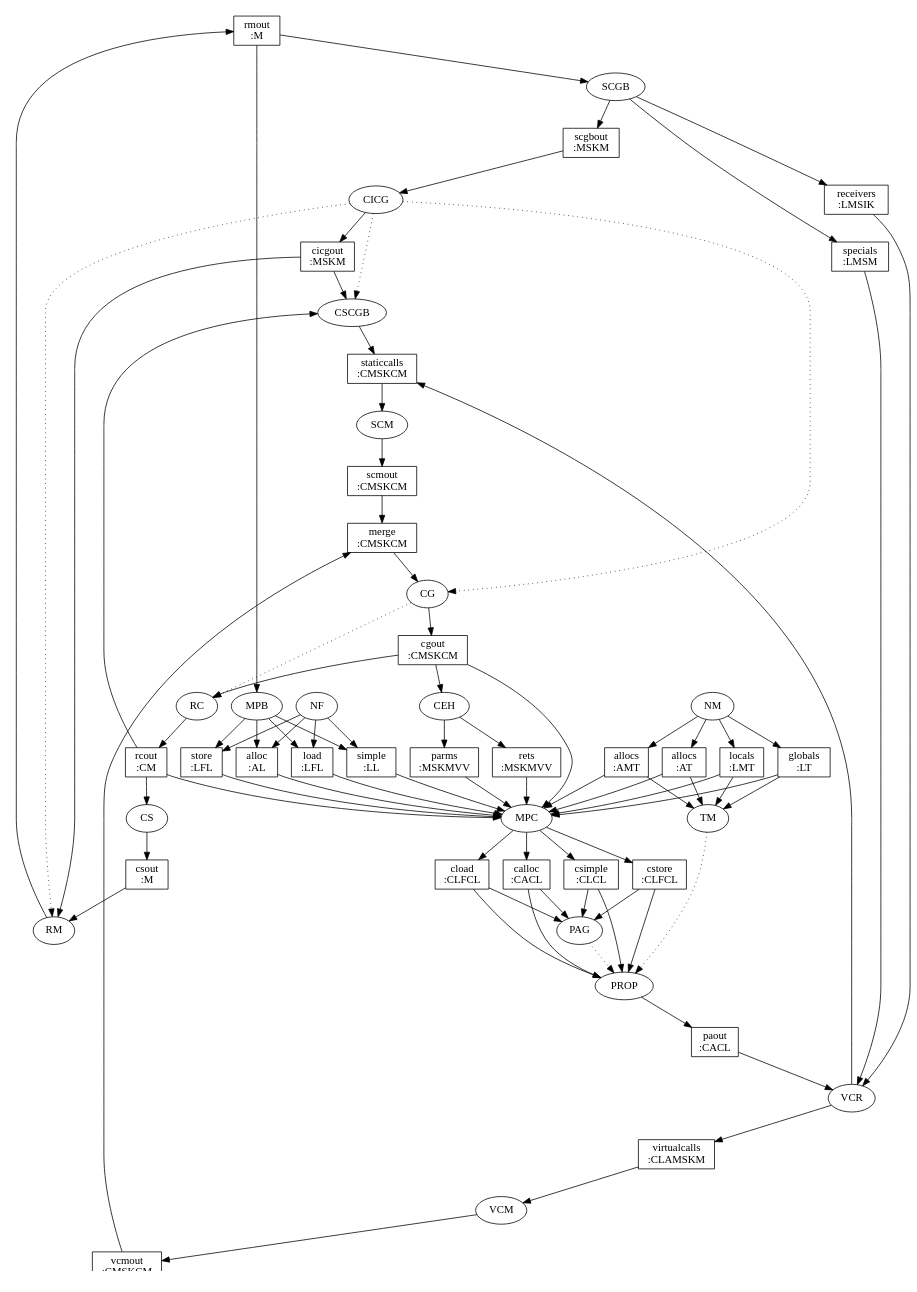
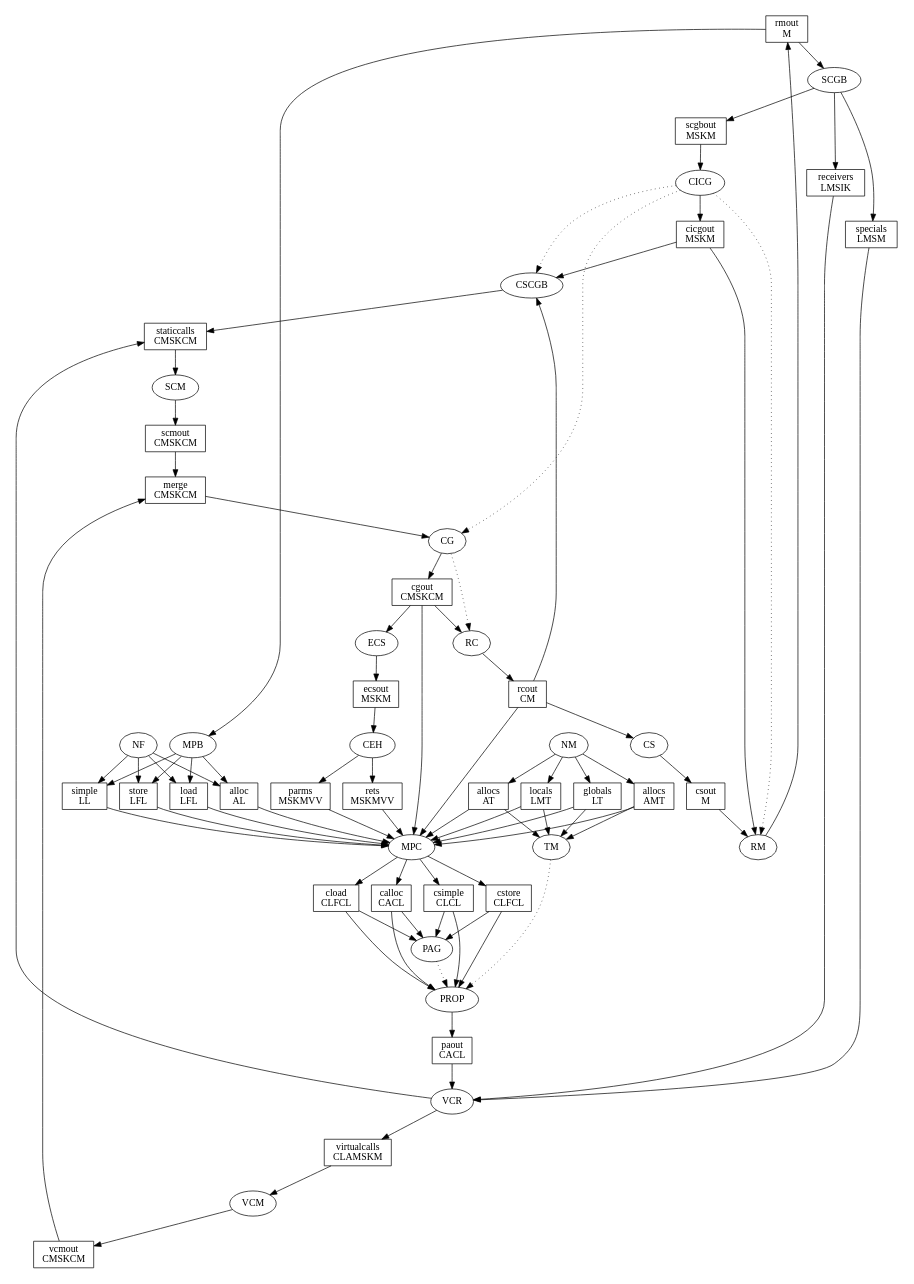
Before and after one commit to insightfullogic/insightfullogic-soot: the diagram in src/soot/jimple/paddle/overview.dot, drawn with Graphviz. The commit also changed 8 other files, not shown here.

```diff
--- a/src/soot/jimple/paddle/overview.dot
+++ b/src/soot/jimple/paddle/overview.dot
@@ -1,133 +1,136 @@
 digraph overview {
     size="7.5,10";
     mclimit=100.0;
     nslimit=100.0;
     node [shape=box];
 
 
-    rmout [label="rmout\n:M"];
-    scgbout [label="scgbout\n:MSKM"];
-    receivers [label="receivers\n:LMSIK"];
-    specials [label="specials\n:LMSM"];
-    cicgout [label="cicgout\n:MSKM"];
+    rmout [label="rmout\nM"];
+    scgbout [label="scgbout\nMSKM"];
+    receivers [label="receivers\nLMSIK"];
+    specials [label="specials\nLMSM"];
+    cicgout [label="cicgout\nMSKM"];
 
-    staticcalls [label="staticcalls\n:CMSKCM"];
-    scmout [label="scmout\n:CMSKCM"];
-    cgout [label="cgout\n:CMSKCM"];
-    rcout [label="rcout\n:CM"];
-    csout [label="csout\n:M"];
-    parms [label="parms\n:MSKMVV"];
-    rets [label="rets\n:MSKMVV"];
+    staticcalls [label="staticcalls\nCMSKCM"];
+    scmout [label="scmout\nCMSKCM"];
+    cgout [label="cgout\nCMSKCM"];
+    ecsout [label="ecsout\nMSKM"];
+    rcout [label="rcout\nCM"];
+    csout [label="csout\nM"];
+    parms [label="parms\nMSKMVV"];
+    rets [label="rets\nMSKMVV"];
 
-    merge [label="merge\n:CMSKCM"];
+    merge [label="merge\nCMSKCM"];
 
-    locals [label="locals\n:LMT"];
-    globals [label="globals\n:LT"];
-    localallocs [label="allocs\n:AMT"];
-    globalallocs [label="allocs\n:AT"];
+    locals [label="locals\nLMT"];
+    globals [label="globals\nLT"];
+    localallocs [label="allocs\nAMT"];
+    globalallocs [label="allocs\nAT"];
 
-    simple [label="simple\n:LL"];
-    store [label="store\n:LFL"];
-    load [label="load\n:LFL"];
-    alloc [label="alloc\n:AL"];
+    simple [label="simple\nLL"];
+    store [label="store\nLFL"];
+    load [label="load\nLFL"];
+    alloc [label="alloc\nAL"];
 
-    csimple [label="csimple\n:CLCL"];
-    cstore [label="cstore\n:CLFCL"];
-    cload [label="cload\n:CLFCL"];
-    calloc [label="calloc\n:CACL"];
+    csimple [label="csimple\nCLCL"];
+    cstore [label="cstore\nCLFCL"];
+    cload [label="cload\nCLFCL"];
+    calloc [label="calloc\nCACL"];
 
-    paout [label="paout\n:CACL"];
+    paout [label="paout\nCACL"];
 
-    virtualcalls [label="virtualcalls\n:CLAMSKM"];
+    virtualcalls [label="virtualcalls\nCLAMSKM"];
 
-    vcmout [label="vcmout\n:CMSKCM"];
+    vcmout [label="vcmout\nCMSKCM"];
 
     node [shape=ellipse];
 
     NM -> locals;
     NM -> globals;
     NM -> localallocs;
     NM -> globalallocs;
 
     scgbout -> CICG -> cicgout;
     cicgout -> RM -> rmout;
     CICG -> RM [style=dotted];
 
     rmout -> SCGB -> scgbout;
     SCGB -> receivers;
     SCGB -> specials;
 
     scmout -> merge;
     vcmout -> merge;
     merge -> CG -> cgout;
     CICG -> CG [style=dotted];
 
     cgout -> RC -> rcout;
     CG -> RC [style=dotted];
 
     rcout -> CS -> csout;
     csout -> RM;
 
     rcout -> CSCGB -> staticcalls;
     cicgout -> CSCGB;
     CICG -> CSCGB [style=dotted];
 
     rmout -> MPB;
     MPB -> simple;
     MPB -> store;
     MPB -> load;
     MPB -> alloc;
 
     simple -> MPC;
     store -> MPC;
     load -> MPC;
     alloc -> MPC;
     locals -> MPC;
     globals -> MPC;
     localallocs -> MPC;
     globalallocs -> MPC;
     rcout -> MPC;
     parms -> MPC;
     rets -> MPC;
     cgout -> MPC;
     MPC -> csimple;
     MPC -> cstore;
     MPC -> cload;
     MPC -> calloc;
 
     csimple -> PAG;
     cload -> PAG;
     cstore -> PAG;
     calloc -> PAG;
 
     csimple -> PROP;
     cload -> PROP;
     cstore -> PROP;
     calloc -> PROP;
     PROP -> paout;
     PAG -> PROP [style=dotted];
 
     receivers -> VCR;
     specials -> VCR;
     paout -> VCR;
     VCR -> virtualcalls;
     VCR -> staticcalls;
 
     virtualcalls -> VCM -> vcmout;
 
     staticcalls -> SCM -> scmout;
 
-    cgout -> CEH -> parms;
+    cgout -> ECS -> ecsout;
+
+    ecsout -> CEH -> parms;
     CEH -> rets;
 
     NF -> simple;
     NF -> load;
     NF -> store;
     NF -> alloc;
 
     locals -> TM;
     globals -> TM;
     localallocs -> TM;
     globalallocs -> TM;
     TM -> PROP [style=dotted];
 }
```
